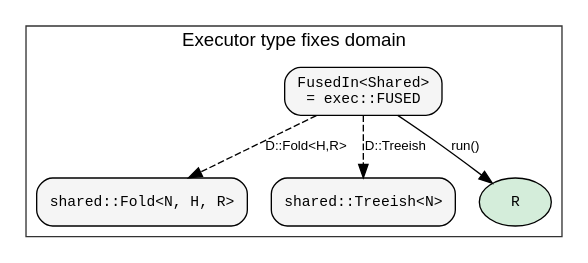
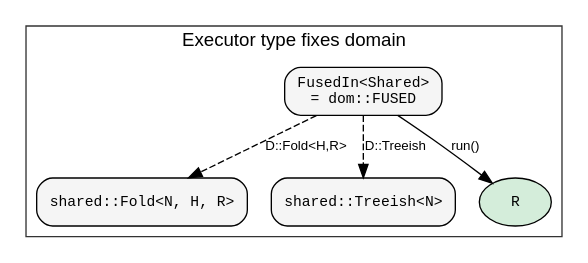
The diagram in book/src/design/executors.md (hylic-recursion/hylic-docs), drawn with Graphviz before and after one commit. The commit also changed other lines of this file and 29 other files, not shown here.

````diff
--- a/book/src/design/executors.md
+++ b/book/src/design/executors.md
@@ -56,21 +75,21 @@
 ```dot process
 digraph {
     rankdir=TB;
     node [shape=box, style="rounded,filled", fillcolor="#f5f5f5", fontname="monospace", fontsize=11];
     edge [fontname="sans-serif", fontsize=10];
 
     subgraph cluster_exec {
         label="Executor type fixes domain";
         style=solid; color="#333333"; fontname="sans-serif";
 
-        fused [label="FusedIn<Shared>\n= exec::FUSED"];
+        fused [label="FusedIn<Shared>\n= dom::FUSED"];
         fold [label="shared::Fold<N, H, R>"];
         tree [label="shared::Treeish<N>"];
         R [label="R", shape=ellipse, style=filled, fillcolor="#d4edda"];
 
         fused -> fold [label="D::Fold<H,R>", style=dashed];
         fused -> tree [label="D::Treeish", style=dashed];
         fused -> R [label="run()"];
     }
 }
 ```
````
